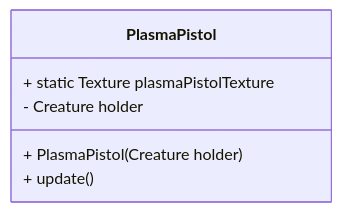
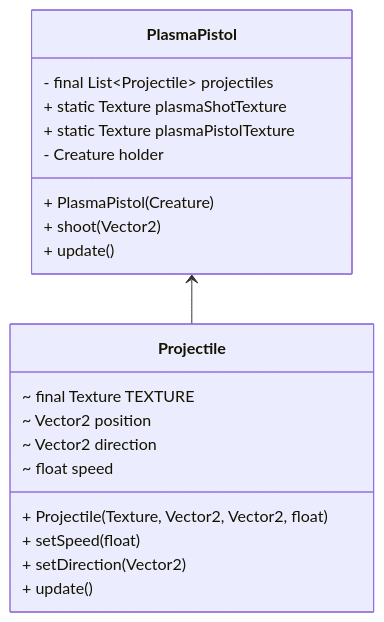
One commit to StrangeClone/PixelStars changed the diagram in core/src/com/pixelstar/gameobject/weapons/README.md. Above: the diagram before and after it, drawn with Mermaid. The commit also changed 2 other files, not shown here.

Commit message:
Commit 0.7bis - Corrected the README.md and some docs

````diff
--- a/core/src/com/pixelstar/gameobject/weapons/README.md
+++ b/core/src/com/pixelstar/gameobject/weapons/README.md
@@ -5,10 +5,24 @@
 ```mermaid
 classDiagram
 
 class PlasmaPistol {
+    - final List~Projectile~ projectiles
+    + static Texture plasmaShotTexture
     + static Texture plasmaPistolTexture
     - Creature holder
-    + PlasmaPistol(Creature holder)
+    + PlasmaPistol(Creature)
+    + shoot(Vector2)
     + update()
 }
+class Projectile {
+    ~ final Texture TEXTURE
+    ~ Vector2 position
+    ~ Vector2 direction
+    ~ float speed
+    + Projectile(Texture, Vector2, Vector2, float)
+    + setSpeed(float)
+    + setDirection(Vector2)
+    + update()
+}
+PlasmaPistol <-- Projectile
 ```
````
